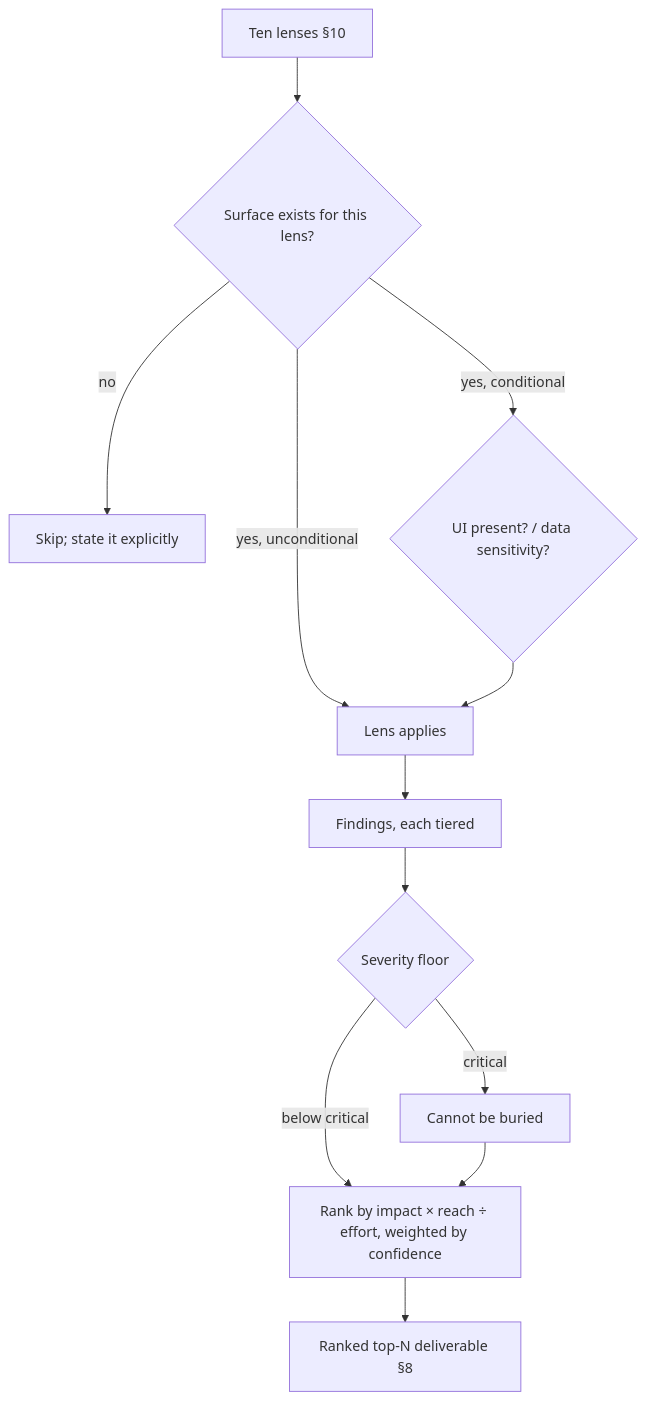
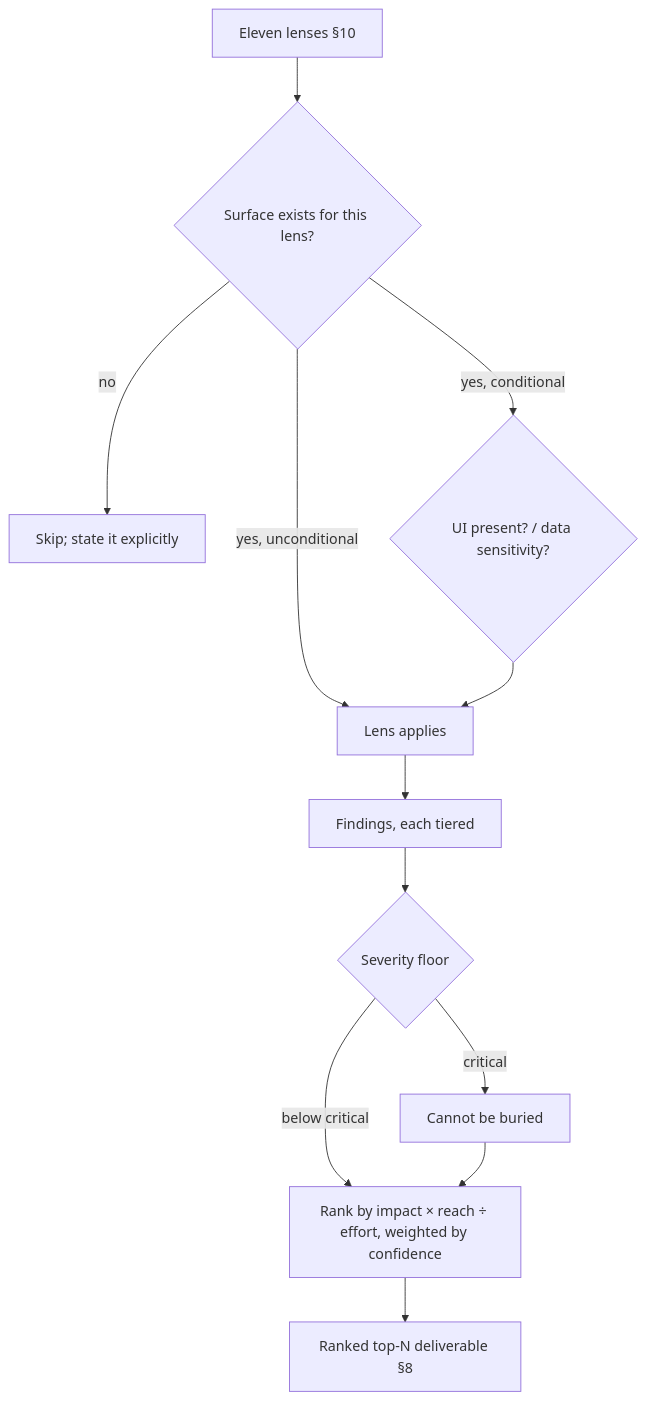
The diagram in code-ops-docs/40 Engineering/Techniques/applying-quality-lenses.md (skylarsabo/code-ops), drawn with Mermaid before and after one commit. The commit also changed other lines of this file and 56 other files, not shown here.

````diff
--- a/code-ops-docs/40 Engineering/Techniques/applying-quality-lenses.md
+++ b/code-ops-docs/40 Engineering/Techniques/applying-quality-lenses.md
@@ -94,14 +165,14 @@
 ```mermaid
 flowchart TD
-  L[Ten lenses §10] --> A{Surface exists for this lens?}
+  L[Eleven lenses §10] --> A{Surface exists for this lens?}
   A -->|no| S[Skip; state it explicitly]
   A -->|yes, conditional| C{UI present? / data sensitivity?}
   A -->|yes, unconditional| W
   C --> W[Lens applies]
   W --> F[Findings, each tiered]
   F --> SEV{Severity floor}
   SEV -->|critical| TOP[Cannot be buried]
   SEV -->|below critical| RANK[Rank by impact × reach ÷ effort, weighted by confidence]
   TOP --> RANK
   RANK --> N[Ranked top-N deliverable §8]
 ```
````
